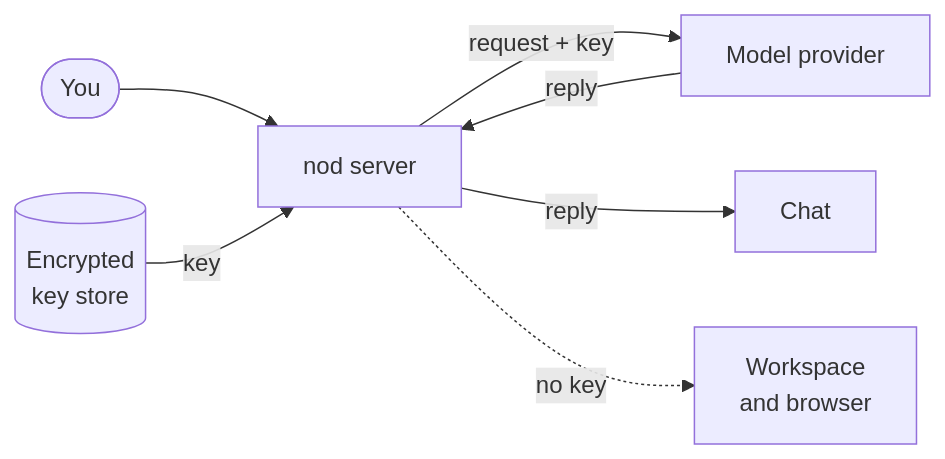
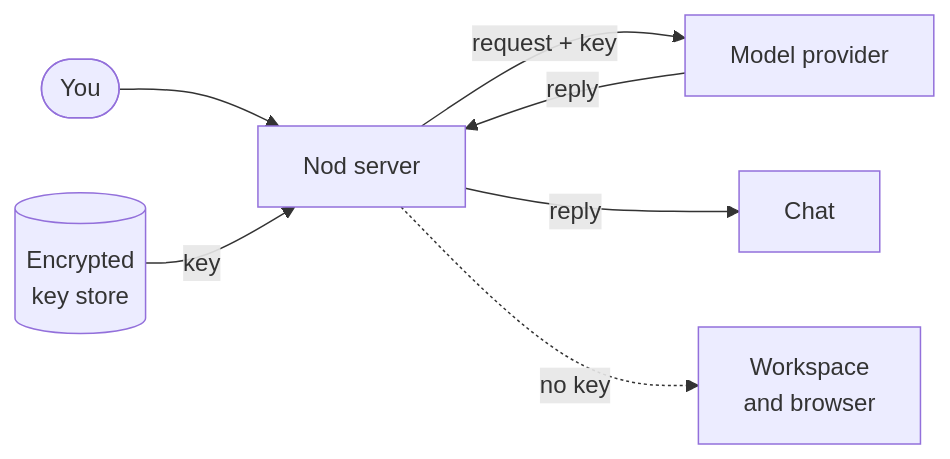
The diagram in docs/src/content/docs/connect/models.mdx (KrishBhimani/nod), drawn with Mermaid before and after one commit. The commit also changed other lines of this file and 275 other files, not shown here.

````diff
--- a/docs/src/content/docs/connect/models.mdx
+++ b/docs/src/content/docs/connect/models.mdx
@@ -311,10 +311,10 @@
 ```mermaid
 flowchart LR
-  you([You]):::accent --> server[nod server]
+  you([You]):::accent --> server[Nod server]
   store[(Encrypted<br/>key store)]:::muted -- key --> server
   server -- request + key --> provider[Model provider]:::accent
   provider -- reply --> server
   server -- reply --> chat[Chat]
   sandbox[Workspace<br/>and browser]:::muted
   server -. no key .-> sandbox
 ```
````
